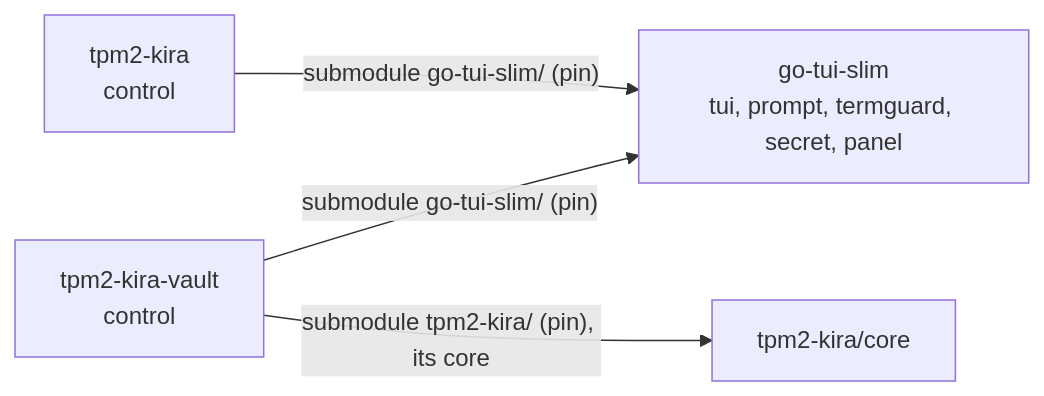
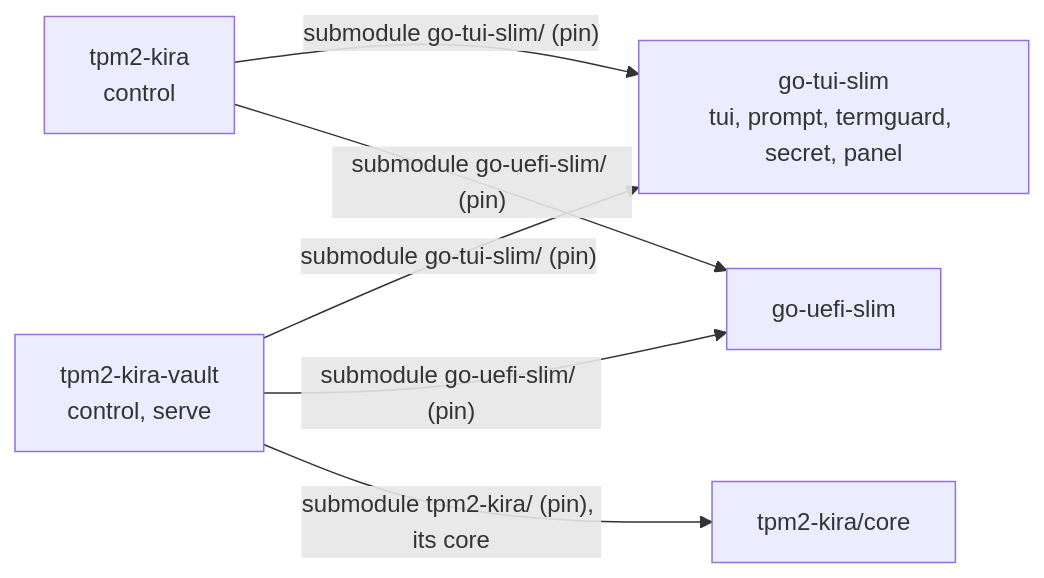
The diagram in PLAN.md (tpm2-trust/kira-vault), drawn with Mermaid before and after one commit. The commit also changed other lines of this file, not shown here.

First line of the commit message:
PLAN: the owner's answers - go-tui-slim, memory locking, init's reach, the container

````diff
--- a/PLAN.md
+++ b/PLAN.md
@@ -88,7 +77,10 @@
 ```mermaid
 flowchart LR
   TUI["go-tui-slim<br/>tui, prompt, termguard, secret, panel"]
+  UEFI["go-uefi-slim"]
   KIRA["tpm2-kira<br/>control"] -->|"submodule go-tui-slim/ (pin)"| TUI
-  VAULT["tpm2-kira-vault<br/>control"] -->|"submodule go-tui-slim/ (pin)"| TUI
+  VAULT["tpm2-kira-vault<br/>control, serve"] -->|"submodule go-tui-slim/ (pin)"| TUI
+  VAULT -->|"submodule go-uefi-slim/ (pin)"| UEFI
+  KIRA -->|"submodule go-uefi-slim/ (pin)"| UEFI
   VAULT -->|"submodule tpm2-kira/ (pin), its core"| CORE["tpm2-kira/core"]
 ```
````
